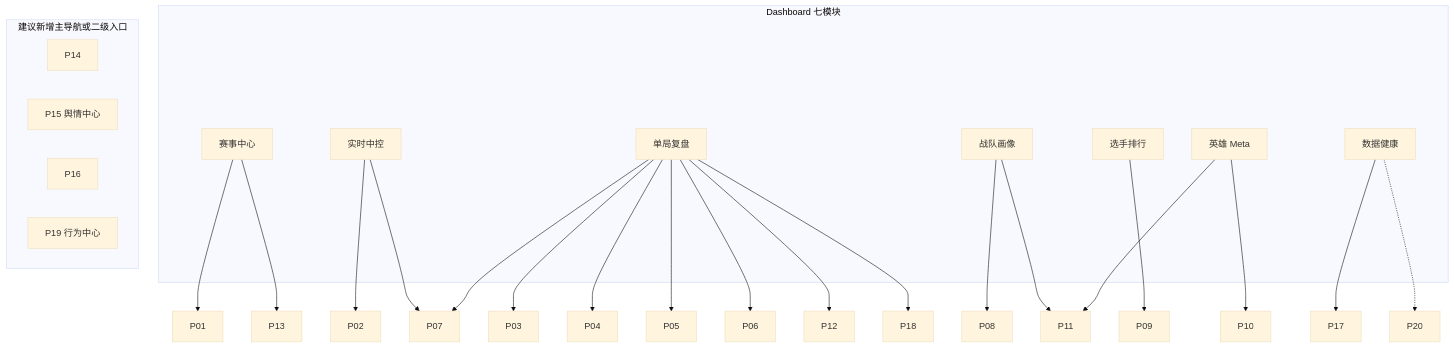
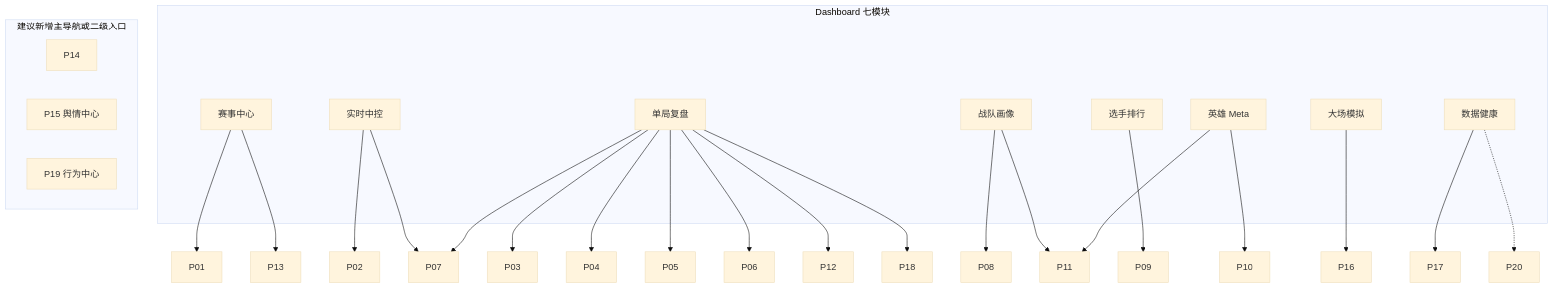
The diagram in docs/product/00-Dashboard映射.md (hccccc01333/KPLdata), drawn with Mermaid (base theme) before and after one commit. The commit also changed other lines of this file and 4 other files, not shown here.

````diff
--- a/docs/product/00-Dashboard映射.md
+++ b/docs/product/00-Dashboard映射.md
@@ -50,38 +51,39 @@
 ```mermaid
 flowchart TB
   subgraph Dash [Dashboard 七模块]
     S[赛事中心]
     L[实时中控]
     R[单局复盘]
     T[战队画像]
     Pl[选手排行]
     H[英雄 Meta]
+    Sim[大场模拟]
     Ops[数据健康]
   end
 
   S --> P01
   S --> P13
   L --> P02
   L --> P07
   R --> P03
   R --> P04
   R --> P05
   R --> P06
   R --> P07
   R --> P12
   R --> P18
   T --> P08
   T --> P11
   Pl --> P09
   H --> P10
   H --> P11
+  Sim --> P16
   Ops --> P17
   Ops -.-> P20
 
   subgraph NewPages [建议新增主导航或二级入口]
     P14
     P15N[P15 舆情中心]
-    P16
     P19N[P19 行为中心]
   end
 ```
````
